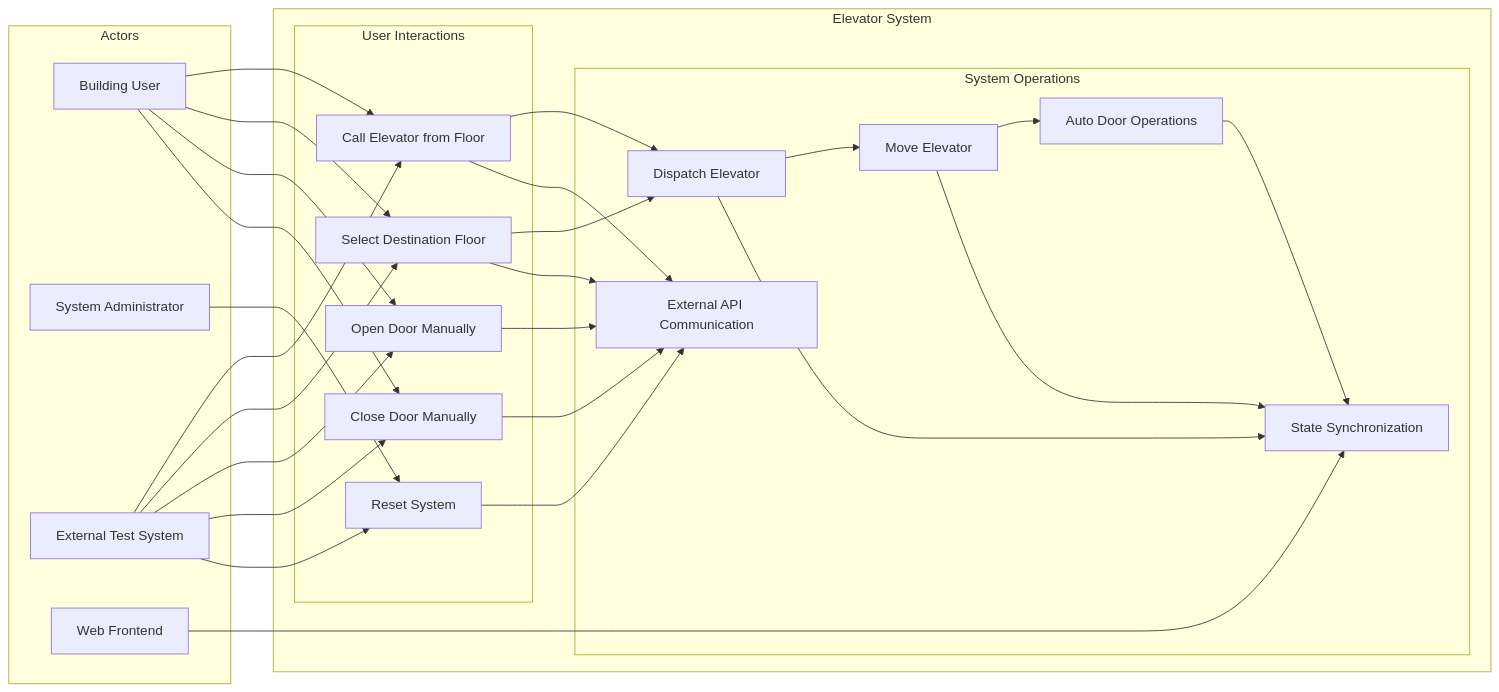
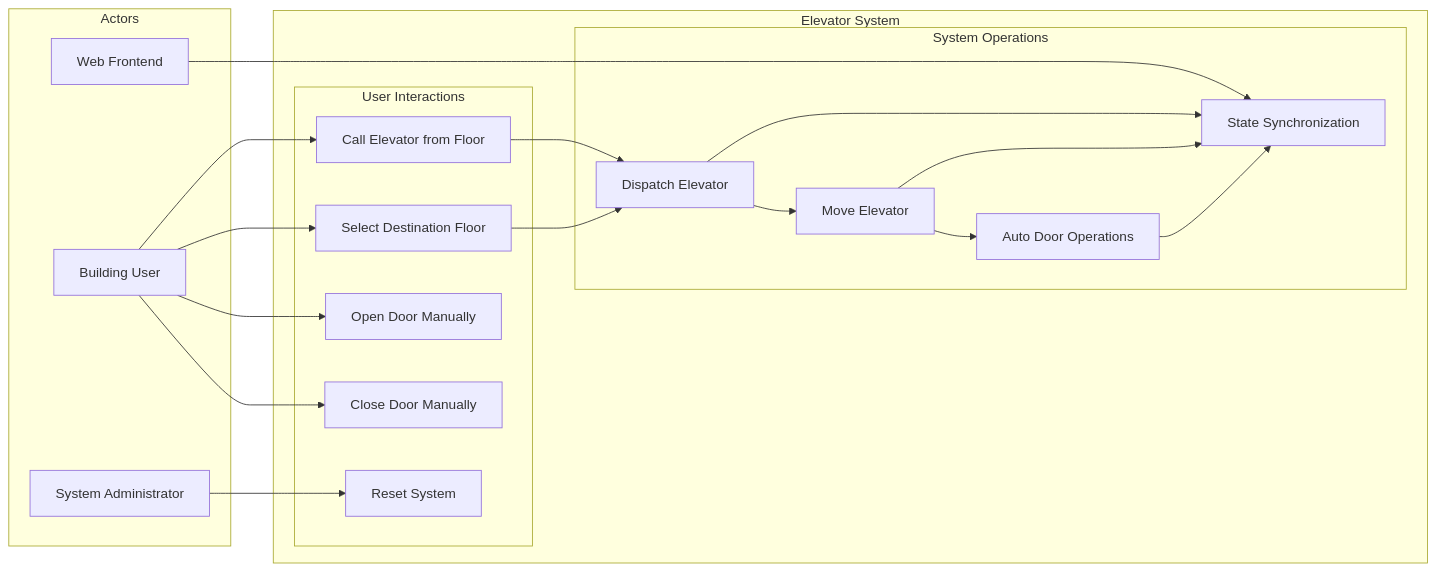
Before and after one commit to zivmax/cs132-elevator: the first of 3 diagrams in docs/requirement.md, drawn with Mermaid. The commit also changed other lines of this file and 2 other files, not shown here.

````diff
--- a/docs/requirement.md
+++ b/docs/requirement.md
@@ -44,56 +42,41 @@
 ```mermaid
 graph LR
     subgraph "Elevator System"
         subgraph "User Interactions"
             UC1[Call Elevator from Floor]
             UC2[Select Destination Floor]
             UC3[Open Door Manually]
             UC4[Close Door Manually]
             UC5[Reset System]
         end
-        
         subgraph "System Operations"
             UC6[Dispatch Elevator]
             UC7[Move Elevator]
             UC8[Auto Door Operations]
             UC9[State Synchronization]
-            UC10[External API Communication]
         end
     end
-    
+  
     subgraph "Actors"
         USER[Building User]
         ADMIN[System Administrator]
-        EXT_SYS[External Test System]
         WEB_UI[Web Frontend]
     end
-    
+  
     USER --> UC1
     USER --> UC2
     USER --> UC3
     USER --> UC4
-    
+  
     ADMIN --> UC5
-    
-    EXT_SYS --> UC1
-    EXT_SYS --> UC2
-    EXT_SYS --> UC3
-    EXT_SYS --> UC4
-    EXT_SYS --> UC5
-    
+  
     WEB_UI --> UC9
-    
+  
     UC1 --> UC6
     UC2 --> UC6
     UC6 --> UC7
     UC7 --> UC8
     UC6 --> UC9
     UC7 --> UC9
     UC8 --> UC9
-    
-    UC1 --> UC10
-    UC2 --> UC10
-    UC3 --> UC10
-    UC4 --> UC10
-    UC5 --> UC10
 ```
````
